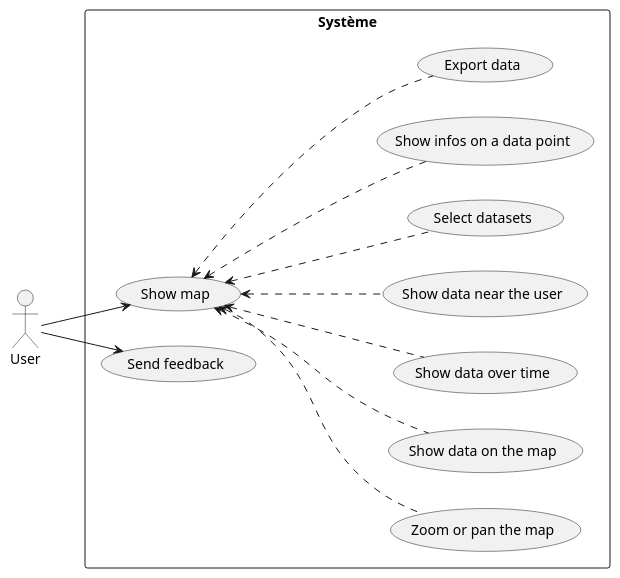
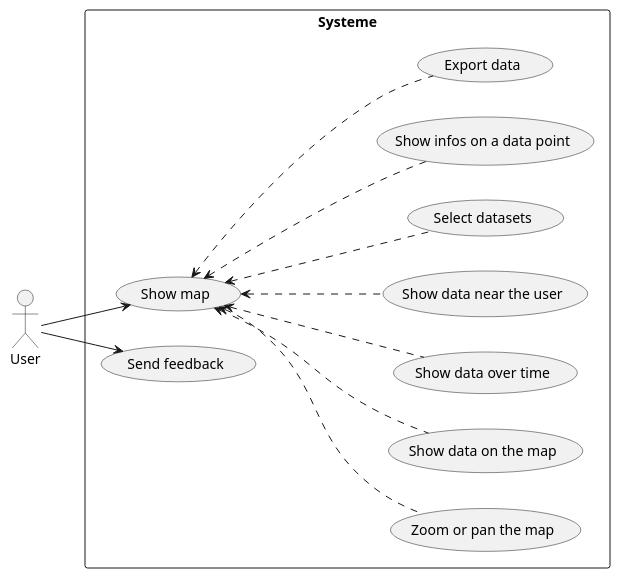
Before and after one commit to ESIR2-PROJECT/RENDUS: the diagram in UseCases.md, drawn with PlantUML. The commit also changed other lines of this file, not shown here.

````diff
--- a/UseCases.md
+++ b/UseCases.md
@@ -13,31 +13,32 @@
 ```puml
+@startuml
 
 left to right direction
 
 actor "User" as fc
 
-rectangle "Système" {
+rectangle "Systeme" {
     usecase "Show map" as UC1
     usecase "Zoom or pan the map" as UC2
     usecase "Show data on the map" as UC3
     usecase "Show data over time" as UC4
     usecase "Show data near the user" as UC5
     usecase "Select datasets" as UC6
     usecase "Show infos on a data point" as UC7
     usecase "Export data" as UC8
     usecase "Send feedback" as UC9
 }
 
 fc --> UC1
 fc --> UC9
 
 UC1 <.-- UC2
 UC1 <.-- UC3
 UC1 <.-- UC4
 UC1 <.-- UC5
 UC1 <.-- UC6
 UC1 <.-- UC7
 UC1 <.-- UC8
 
-
+@enduml
 ```
````
